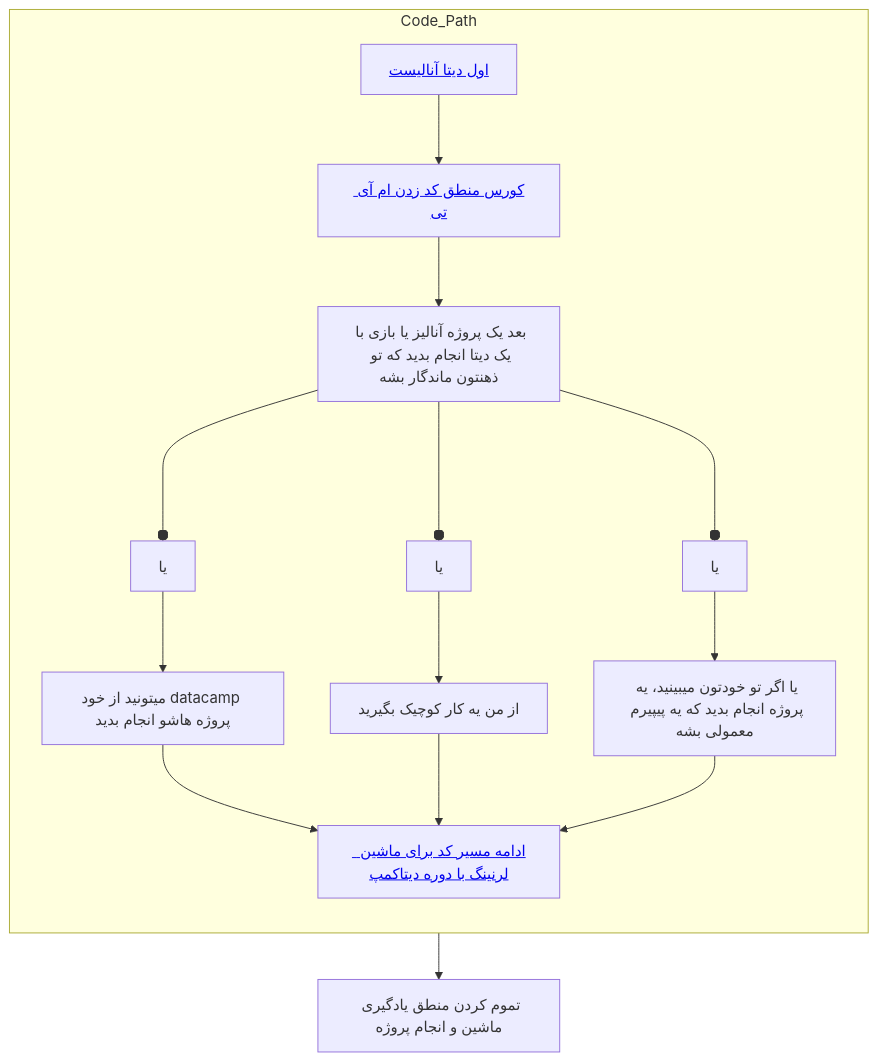
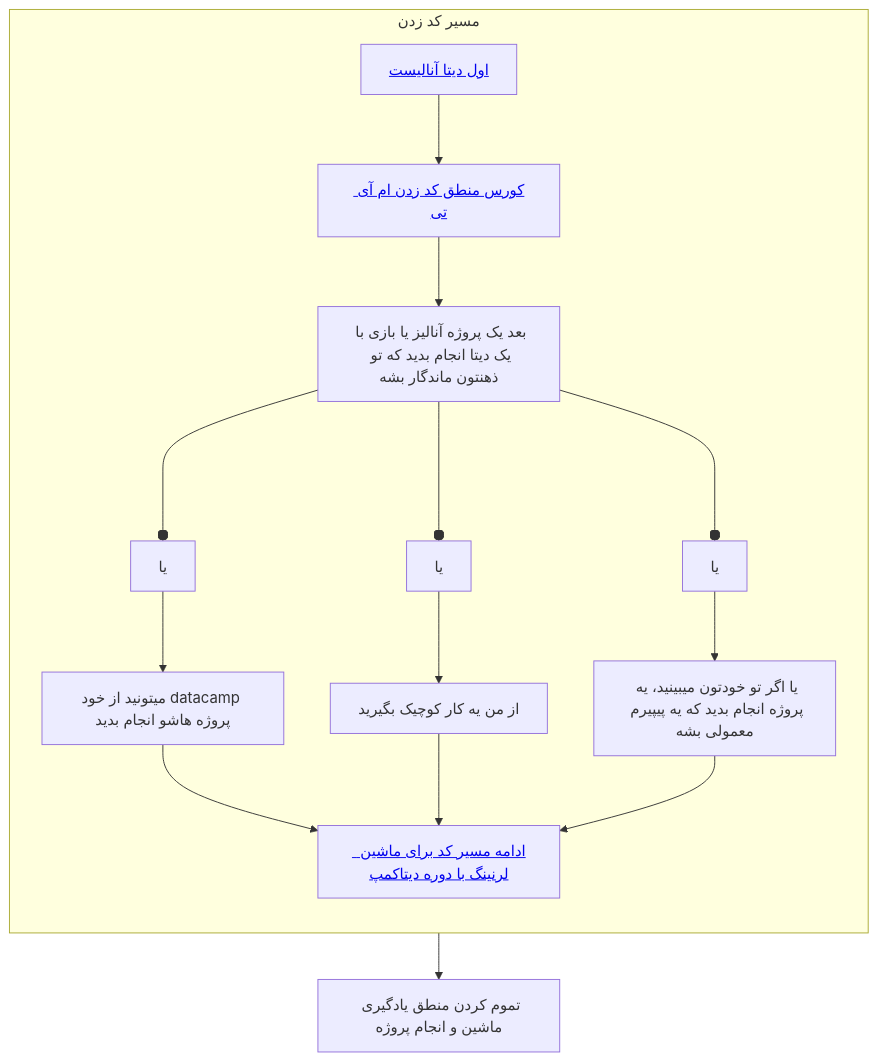
The second of 5 diagrams in AI_in_Med_Pathway_Farsi.md (Sdamirsa/HappyTreeResearchFriends), drawn with Mermaid before and after one commit. The commit also changed other lines of this file, not shown here.

````diff
--- a/AI_in_Med_Pathway_Farsi.md
+++ b/AI_in_Med_Pathway_Farsi.md
@@ -19,24 +30,24 @@
 ```mermaid
 graph TD
-    subgraph Code_Path
+    subgraph Code_Path[مسیر کد زدن]
         direction TB
         DataAnalysis[<a href="https://www.datacamp.com/tracks/data-analyst-with-python">اول دیتا آنالیست</a>]
         LogicCourse[<a href="https://www.youtube.com/playlist?list=PLUl4u3cNGP63WbdFxL8giv4yhgdMGaZNA">کورس منطق کد زدن ام آی تی</a>]
         Projects[بعد یک پروژه آنالیز یا بازی با یک دیتا انجام بدید که تو ذهنتون ماندگار بشه]
         DataCampProjects[میتونید از خود datacamp پروژه هاشو انجام بدید]
         SmallTask[از من یه کار کوچیک بگیرید]
         OwnProject[یا اگر تو خودتون میبینید، یه پروژه انجام بدید که یه پیپیرم معمولی بشه]
         MLPath[<a href="https://www.datacamp.com/tracks/machine-learning-scientist-with-python"> ادامه مسیر کد برای ماشین لرنینگ با دوره دیتاکمپ</a>]
 
         DataAnalysis --> LogicCourse
         LogicCourse --> Projects
         Projects ---or1[یا]--> DataCampProjects -->MLPath
         Projects ---or2[یا]--> SmallTask-->MLPath
         Projects ---or3[یا]--> OwnProject --> MLPath
         
     end
 
     MLPath --> MLProject
     MLProject[تموم کردن منطق یادگیری ماشین و انجام پروژه]
 
 ```
````
